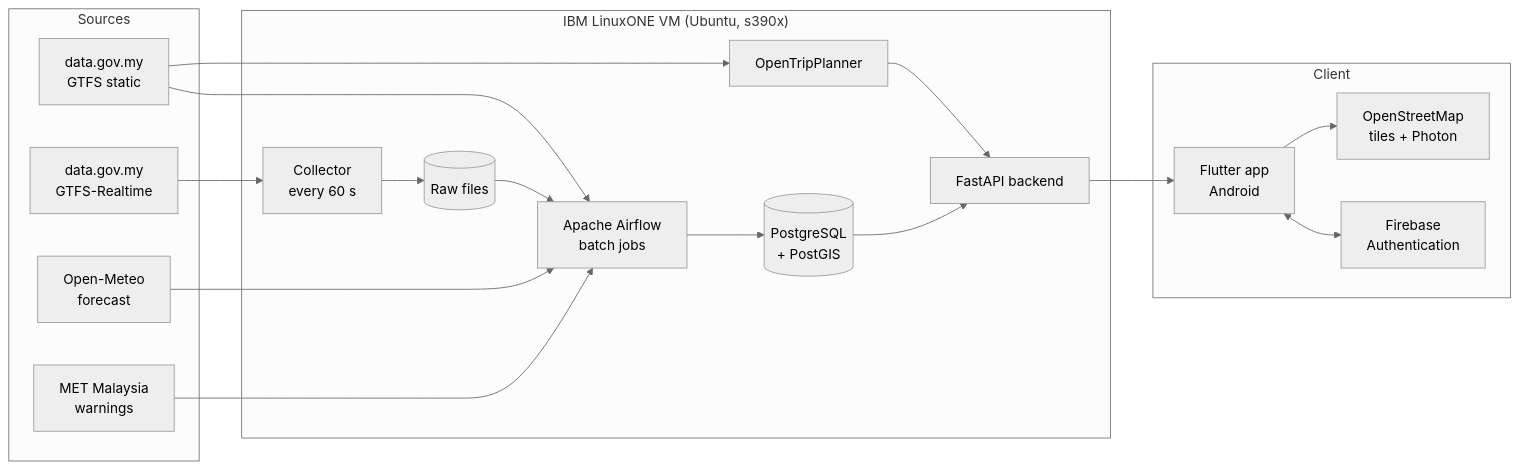
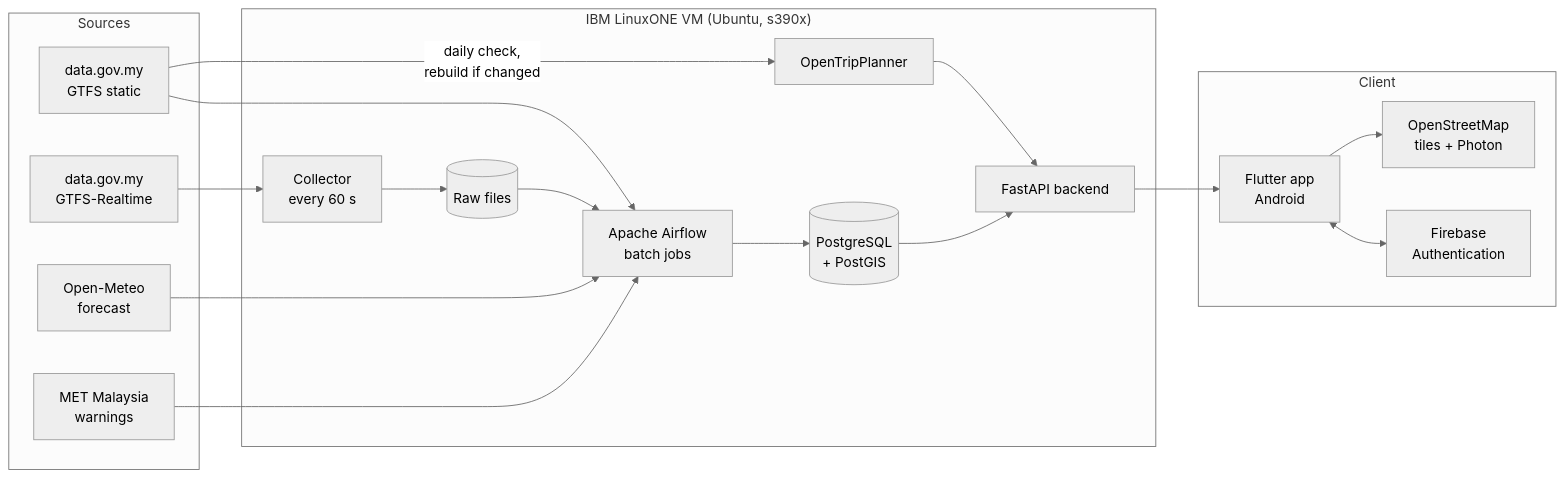
Before and after one commit to HaidarAlAttas/fyp: the diagram in README.md, drawn with Mermaid (neutral theme).

Commit message:
Readme update

````diff
--- a/README.md
+++ b/README.md
@@ -43,37 +43,37 @@
 ```mermaid
 flowchart LR
     subgraph Sources
         GTFS[data.gov.my<br/>GTFS static]
         RT[data.gov.my<br/>GTFS-Realtime]
         OM[Open-Meteo<br/>forecast]
         MET[MET Malaysia<br/>warnings]
     end
 
     subgraph Server["IBM LinuxONE VM (Ubuntu, s390x)"]
         COL[Collector<br/>every 60 s]
         RAW[(Raw files)]
         AF[Apache Airflow<br/>batch jobs]
         PG[(PostgreSQL<br/>+ PostGIS)]
         OTP[OpenTripPlanner]
         API[FastAPI backend]
     end
 
     subgraph Client
         APP[Flutter app<br/>Android]
         FB[Firebase<br/>Authentication]
         OSM[OpenStreetMap<br/>tiles + Photon]
     end
 
     RT --> COL --> RAW
     RAW --> AF
     GTFS --> AF
     OM --> AF
     MET --> AF
     AF --> PG
-    GTFS --> OTP
+    GTFS -->|daily check,<br/>rebuild if changed| OTP
     PG --> API
     OTP --> API
     API --> APP
     APP <--> FB
     APP --> OSM
 ```
````
